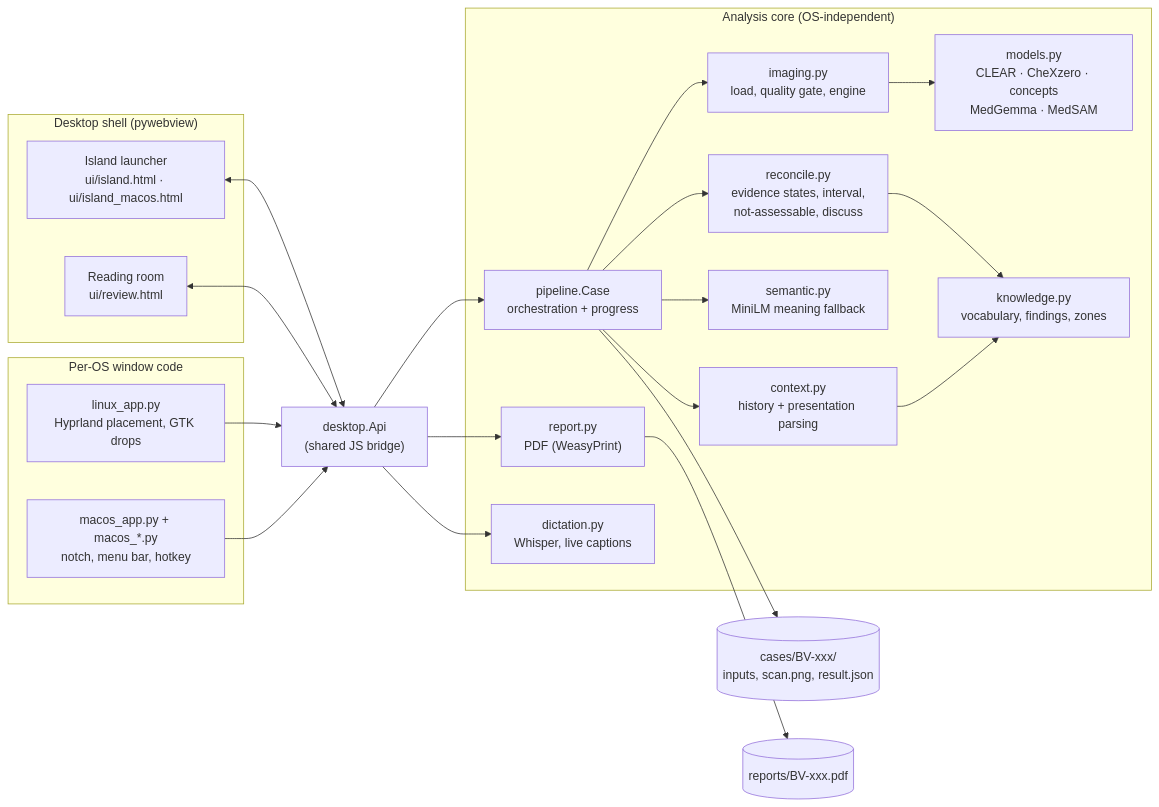
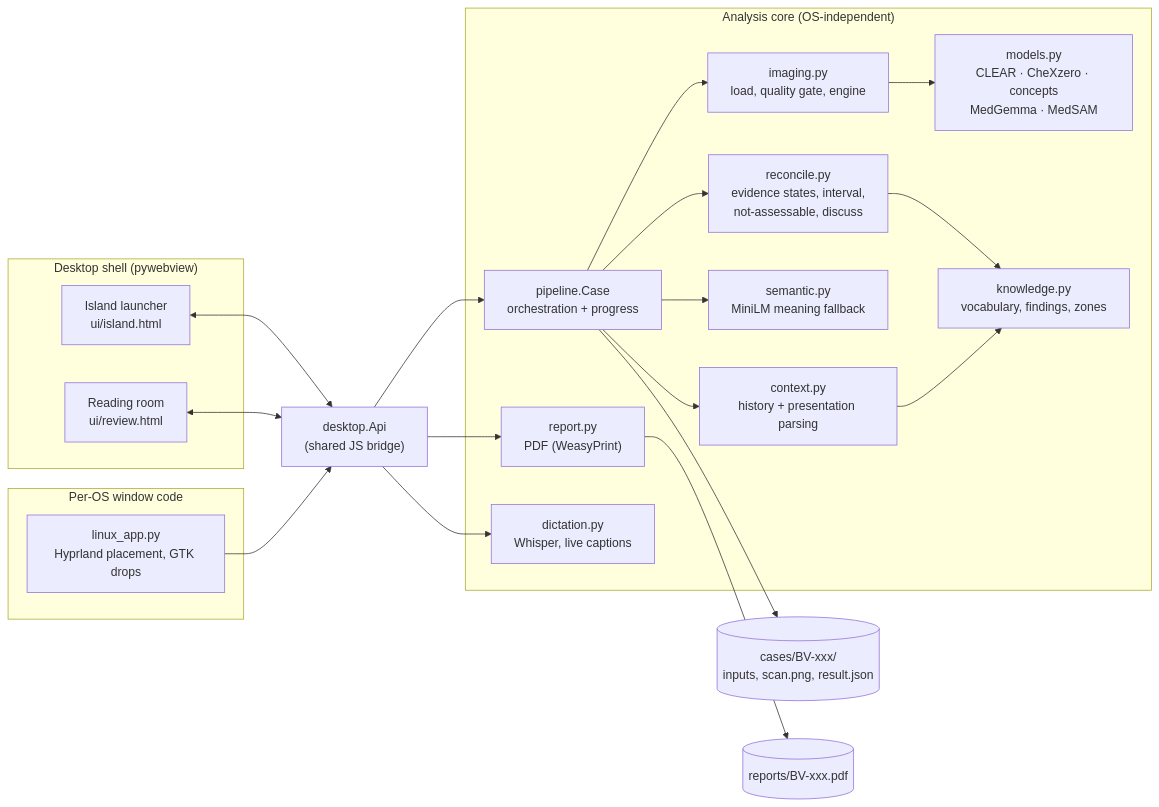
Before and after one commit to RM1338/Bonaventure: the first of 6 diagrams in docs/ARCHITECTURE.md, drawn with Mermaid. The commit also changed other lines of this file and 19 other files, not shown here.

````diff
--- a/docs/ARCHITECTURE.md
+++ b/docs/ARCHITECTURE.md
@@ -32,37 +32,35 @@
 ```mermaid
 flowchart LR
     subgraph Desktop["Desktop shell (pywebview)"]
-        IS["Island launcher<br/>ui/island.html · ui/island_macos.html"]
+        IS["Island launcher<br/>ui/island.html"]
         RV["Reading room<br/>ui/review.html"]
     end
     subgraph Shell["Per-OS window code"]
         LX["linux_app.py<br/>Hyprland placement, GTK drops"]
-        MC["macos_app.py + macos_*.py<br/>notch, menu bar, hotkey"]
     end
     API["desktop.Api<br/>(shared JS bridge)"]
     subgraph Core["Analysis core (OS-independent)"]
         PL["pipeline.Case<br/>orchestration + progress"]
         IM["imaging.py<br/>load, quality gate, engine"]
         MD["models.py<br/>CLEAR · CheXzero · concepts<br/>MedGemma · MedSAM"]
         CX["context.py<br/>history + presentation parsing"]
         SM["semantic.py<br/>MiniLM meaning fallback"]
         RC["reconcile.py<br/>evidence states, interval,<br/>not-assessable, discuss"]
         KN["knowledge.py<br/>vocabulary, findings, zones"]
         RP["report.py<br/>PDF (WeasyPrint)"]
         DC["dictation.py<br/>Whisper, live captions"]
     end
     IS <--> API
     RV <--> API
     LX --> API
-    MC --> API
     API --> PL --> IM --> MD
     PL --> CX
     PL --> SM
     PL --> RC
     RC --> KN
     CX --> KN
     API --> RP
     API --> DC
     PL --> CASES[("cases/BV-xxx/<br/>inputs, scan.png, result.json")]
     RP --> REPORTS[("reports/BV-xxx.pdf")]
 ```
````
